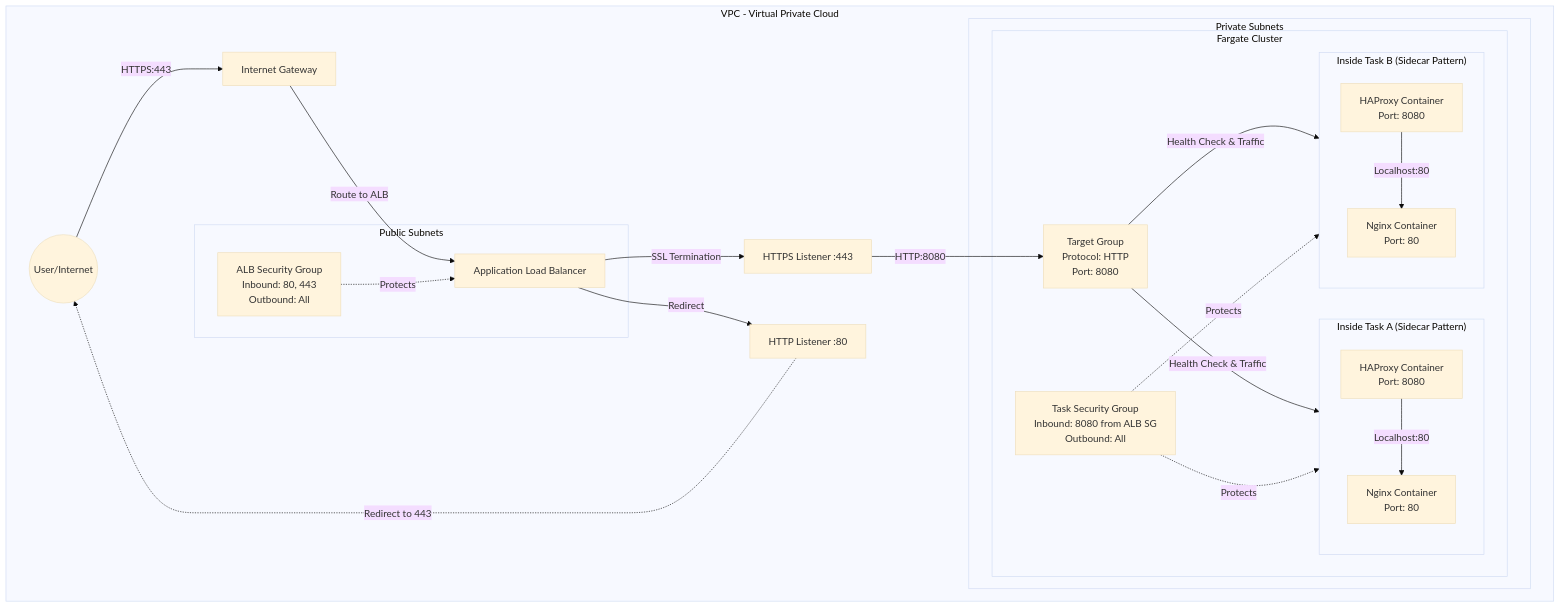
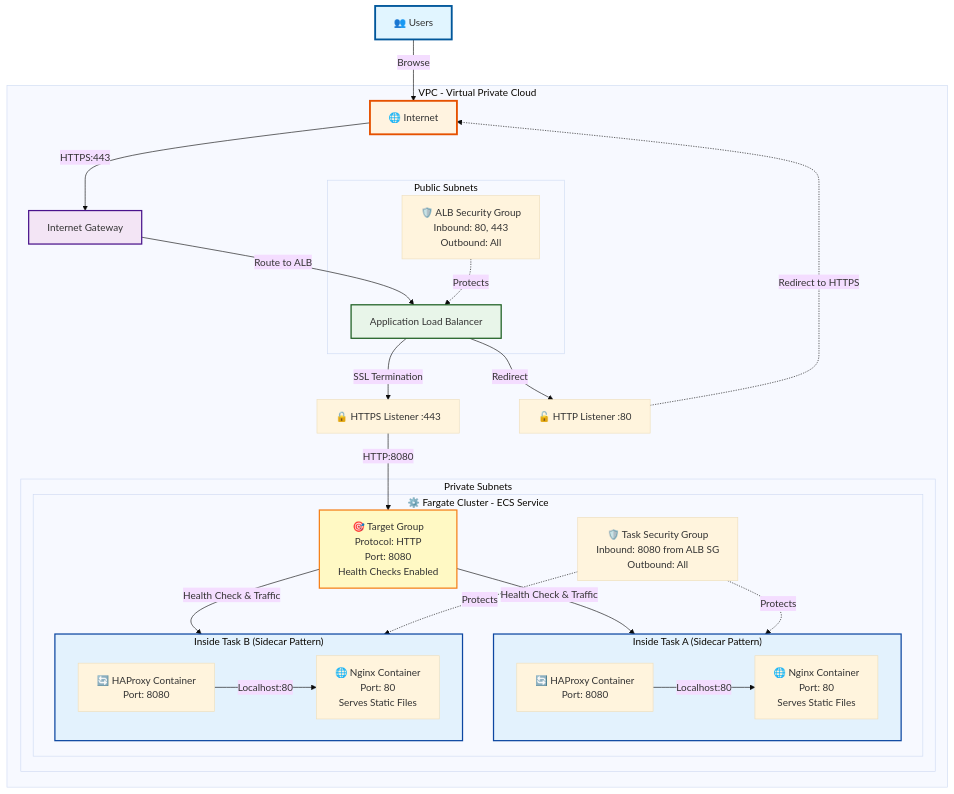
Before and after one commit to thuongdv/ds-dashboard: the diagram in iac/README.md, drawn with Mermaid (base theme).

Commit message:
Enhance diagram

````diff
--- a/iac/README.md
+++ b/iac/README.md
@@ -7,40 +7,49 @@
 ```mermaid
 graph TD
-    User((User/Internet)) -->|HTTPS:443| IGW[Internet Gateway]
+    Users[👥 Users] -->|Browse| Internet[🌐 Internet]
+    Internet -->|HTTPS:443| IGW[Internet Gateway]
 
     subgraph VPC[VPC - Virtual Private Cloud]
         IGW -->|Route to ALB| ALB[Application Load Balancer]
 
         subgraph PublicSubnets[Public Subnets]
             ALB
-            ALBSG[ALB Security Group<br/>Inbound: 80, 443<br/>Outbound: All]
+            ALBSG[🛡️ ALB Security Group<br/>Inbound: 80, 443<br/>Outbound: All]
         end
 
-        ALB -->|SSL Termination| Listener443[HTTPS Listener :443]
-        ALB -->|Redirect| Listener80[HTTP Listener :80]
-        Listener80 -.->|Redirect to 443| User
+        ALB -->|SSL Termination| Listener443[🔒 HTTPS Listener :443]
+        ALB -->|Redirect| Listener80[🔓 HTTP Listener :80]
+        Listener80 -.->|Redirect to HTTPS| Internet
 
-        Listener443 -->|HTTP:8080| TG[Target Group<br/>Protocol: HTTP<br/>Port: 8080]
+        Listener443 -->|HTTP:8080| TG[🎯 Target Group<br/>Protocol: HTTP<br/>Port: 8080<br/>Health Checks Enabled]
 
         subgraph PrivateSubnets[Private Subnets]
-            subgraph FargateCluster[Fargate Cluster]
-                TG -->|Health Check & Traffic| Task1[Fargate Task A]
-                TG -->|Health Check & Traffic| Task2[Fargate Task B]
+            subgraph FargateCluster[⚙️ Fargate Cluster - ECS Service]
+                TG -->|Health Check & Traffic| Task1[📦 Fargate Task A<br/>0.25 vCPU / 512 MB]
+                TG -->|Health Check & Traffic| Task2[📦 Fargate Task B<br/>0.25 vCPU / 512 MB]
 
-                TaskSG[Task Security Group<br/>Inbound: 8080 from ALB SG<br/>Outbound: All]
+                TaskSG[🛡️ Task Security Group<br/>Inbound: 8080 from ALB SG<br/>Outbound: All]
 
                 subgraph Task1["Inside Task A (Sidecar Pattern)"]
-                    H1[HAProxy Container<br/>Port: 8080] -->|Localhost:80| N1[Nginx Container<br/>Port: 80]
+                    H1[🔄 HAProxy Container<br/>Port: 8080] -->|Localhost:80| N1[🌐 Nginx Container<br/>Port: 80<br/>Serves Static Files]
                 end
 
                 subgraph Task2["Inside Task B (Sidecar Pattern)"]
-                    H2[HAProxy Container<br/>Port: 8080] -->|Localhost:80| N2[Nginx Container<br/>Port: 80]
+                    H2[🔄 HAProxy Container<br/>Port: 8080] -->|Localhost:80| N2[🌐 Nginx Container<br/>Port: 80<br/>Serves Static Files]
                 end
             end
         end
 
         TaskSG -.->|Protects| Task1
         TaskSG -.->|Protects| Task2
         ALBSG -.->|Protects| ALB
     end
+
+    style Users fill:#e1f5ff,stroke:#01579b,stroke-width:3px
+    style Internet fill:#fff3e0,stroke:#e65100,stroke-width:3px
+    style IGW fill:#f3e5f5,stroke:#4a148c,stroke-width:2px
+    style ALB fill:#e8f5e9,stroke:#1b5e20,stroke-width:2px
+    style TG fill:#fff9c4,stroke:#f57f17,stroke-width:2px
+    style Task1 fill:#e3f2fd,stroke:#0d47a1,stroke-width:2px
+    style Task2 fill:#e3f2fd,stroke:#0d47a1,stroke-width:2px
 ```
````
